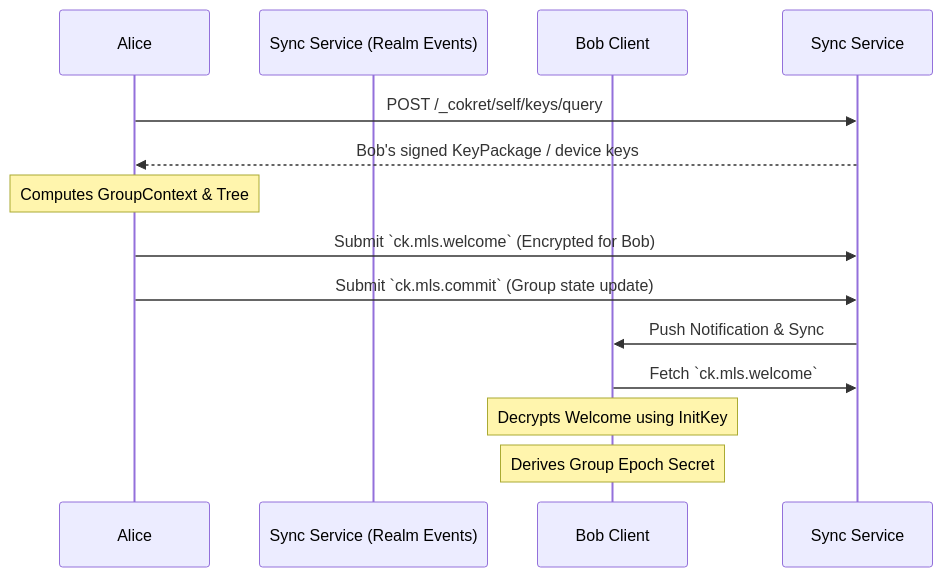
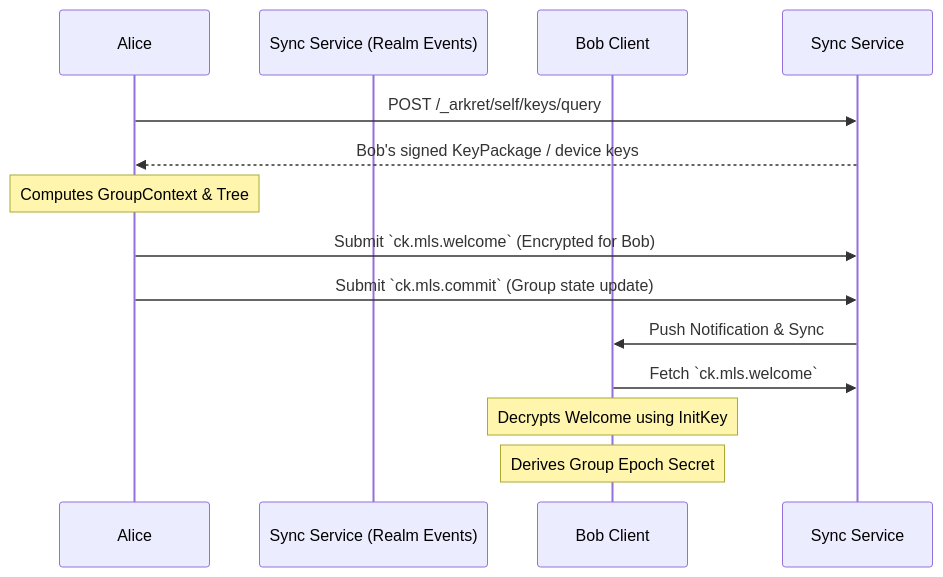
The first of 2 diagrams in spec/v1/zh/crypto-media/encryption-and-audit.md (arkret-org/arkret-spec), drawn with Mermaid before and after one commit. The commit also changed other lines of this file and 238 other files, not shown here.

````diff
--- a/spec/v1/zh/crypto-media/encryption-and-audit.md
+++ b/spec/v1/zh/crypto-media/encryption-and-audit.md
@@ -37,20 +37,20 @@
 ```mermaid
 sequenceDiagram
     participant Alice
     participant Sync Service (Realm Events)
     participant BobClient as Bob Client
 
-    Alice->>Sync Service: POST /_cokret/self/keys/query
+    Alice->>Sync Service: POST /_arkret/self/keys/query
     Sync Service-->>Alice: Bob's signed KeyPackage / device keys
 
     note over Alice: Computes GroupContext & Tree
 
     Alice->>Sync Service: Submit `ck.mls.welcome` (Encrypted for Bob)
     Alice->>Sync Service: Submit `ck.mls.commit` (Group state update)
 
     Sync Service->>BobClient: Push Notification & Sync
 
     BobClient->>Sync Service: Fetch `ck.mls.welcome`
     note over BobClient: Decrypts Welcome using InitKey
     note over BobClient: Derives Group Epoch Secret
 ```
````
